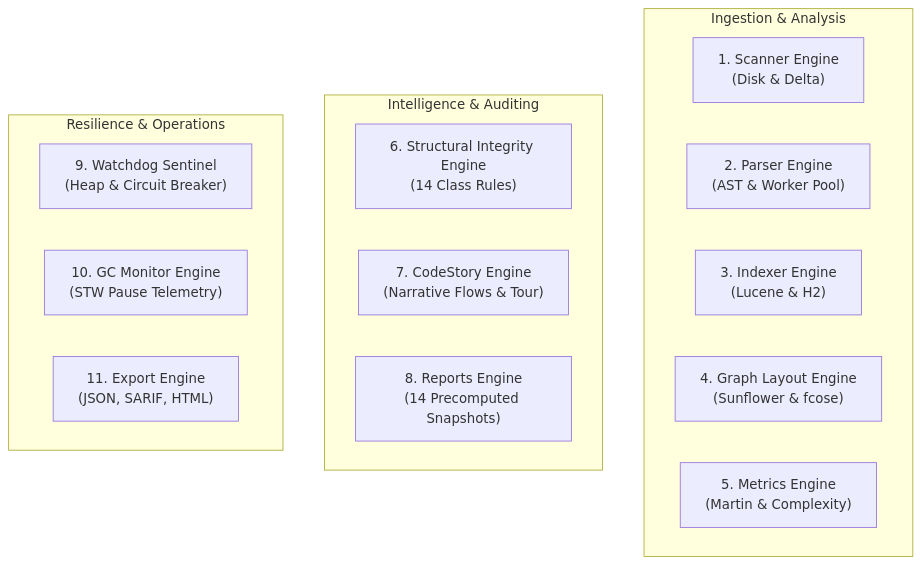
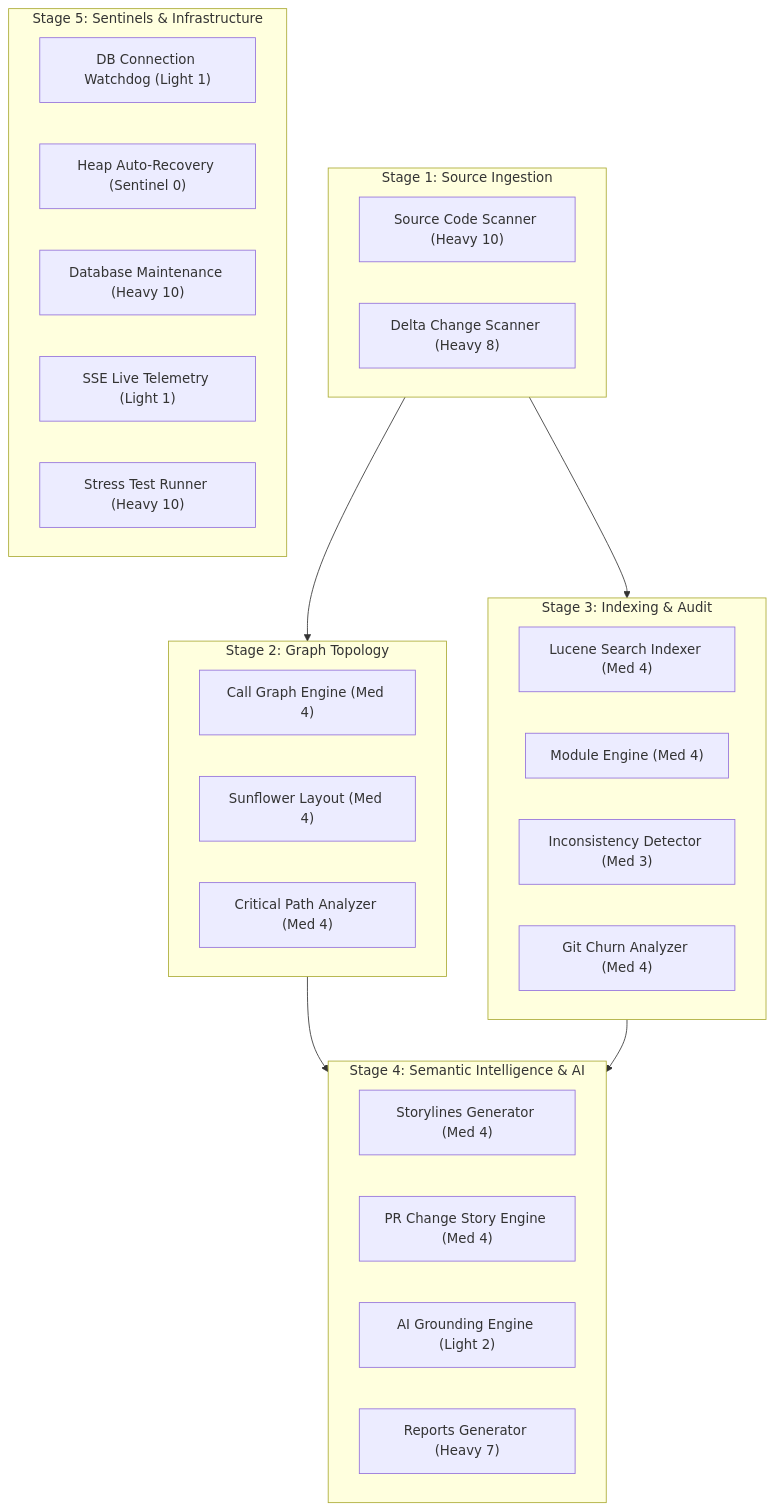
One commit to manvenpratap/codelens changed the diagram in wiki/Process-Hub-and-JVM-Sentinel.md. Above: the diagram before and after it, drawn with Mermaid. The commit also changed other lines of this file and 32 other files, not shown here.

Commit message:
docs: regenerate archify diagrams suite, add vector svgs, and update wiki documentation

````diff
--- a/wiki/Process-Hub-and-JVM-Sentinel.md
+++ b/wiki/Process-Hub-and-JVM-Sentinel.md
@@ -14,20 +15,36 @@
 ```mermaid
 flowchart TD
-    subgraph Ingestion & Analysis
-        E1["1. Scanner Engine\n(Disk & Delta)"]
-        E2["2. Parser Engine\n(AST & Worker Pool)"]
-        E3["3. Indexer Engine\n(Lucene & H2)"]
-        E4["4. Graph Layout Engine\n(Sunflower & fcose)"]
-        E5["5. Metrics Engine\n(Martin & Complexity)"]
+    subgraph S1["Stage 1: Source Ingestion"]
+        T1["Source Code Scanner (Heavy 10)"]
+        T2["Delta Change Scanner (Heavy 8)"]
     end
-    subgraph Intelligence & Auditing
-        E6["6. Structural Integrity Engine\n(14 Class Rules)"]
-        E7["7. CodeStory Engine\n(Narrative Flows & Tour)"]
-        E8["8. Reports Engine\n(14 Precomputed Snapshots)"]
+    subgraph S2["Stage 2: Graph Topology"]
+        T3["Call Graph Engine (Med 4)"]
+        T4["Sunflower Layout (Med 4)"]
+        T5["Critical Path Analyzer (Med 4)"]
     end
-    subgraph Resilience & Operations
-        E9["9. Watchdog Sentinel\n(Heap & Circuit Breaker)"]
-        E10["10. GC Monitor Engine\n(STW Pause Telemetry)"]
-        E11["11. Export Engine\n(JSON, SARIF, HTML)"]
+    subgraph S3["Stage 3: Indexing & Audit"]
+        T6["Lucene Search Indexer (Med 4)"]
+        T7["Module Engine (Med 4)"]
+        T8["Inconsistency Detector (Med 3)"]
+        T9["Git Churn Analyzer (Med 4)"]
     end
+    subgraph S4["Stage 4: Semantic Intelligence & AI"]
+        T10["Storylines Generator (Med 4)"]
+        T11["PR Change Story Engine (Med 4)"]
+        T12["AI Grounding Engine (Light 2)"]
+        T13["Reports Generator (Heavy 7)"]
+    end
+    subgraph S5["Stage 5: Sentinels & Infrastructure"]
+        T14["DB Connection Watchdog (Light 1)"]
+        T15["Heap Auto-Recovery (Sentinel 0)"]
+        T16["Database Maintenance (Heavy 10)"]
+        T17["SSE Live Telemetry (Light 1)"]
+        T18["Stress Test Runner (Heavy 10)"]
+    end
+
+    S1 --> S2
+    S1 --> S3
+    S2 --> S4
+    S3 --> S4
 ```
````
